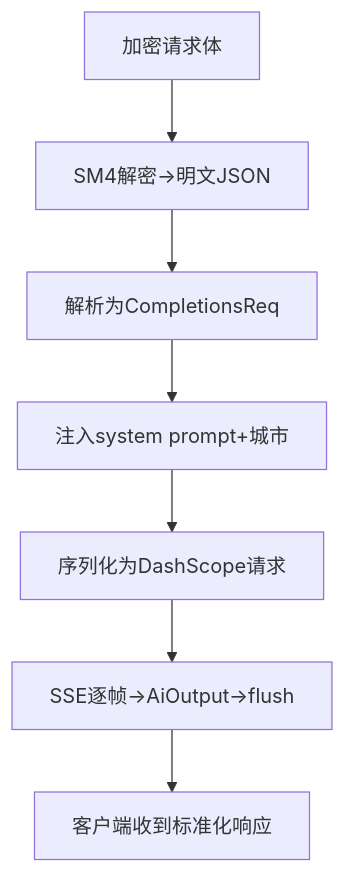
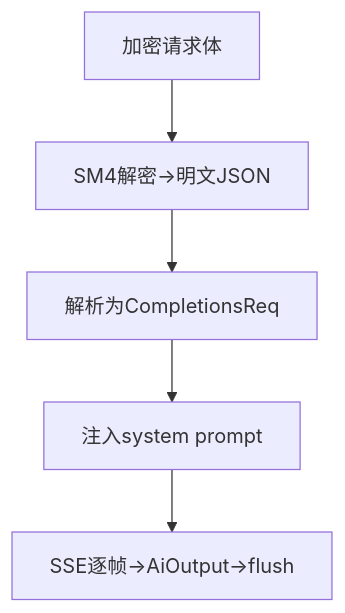
One commit to Edward-Jackie/funk_skills changed the second of 3 diagrams in codemap/SKILL.md. Above: the diagram before and after it, drawn with Mermaid. The commit also changed other lines of this file and 1 other file, not shown here.

````diff
--- a/codemap/SKILL.md
+++ b/codemap/SKILL.md
@@ -96,9 +146,7 @@
 ```mermaid
 flowchart TD
     A[加密请求体] --> B[SM4解密→明文JSON]
     B --> C[解析为CompletionsReq]
-    C --> D[注入system prompt+城市]
-    D --> E[序列化为DashScope请求]
-    E --> F[SSE逐帧→AiOutput→flush]
-    F --> G[客户端收到标准化响应]
+    C --> D[注入system prompt]
+    D --> E[SSE逐帧→AiOutput→flush]
 ```
````
